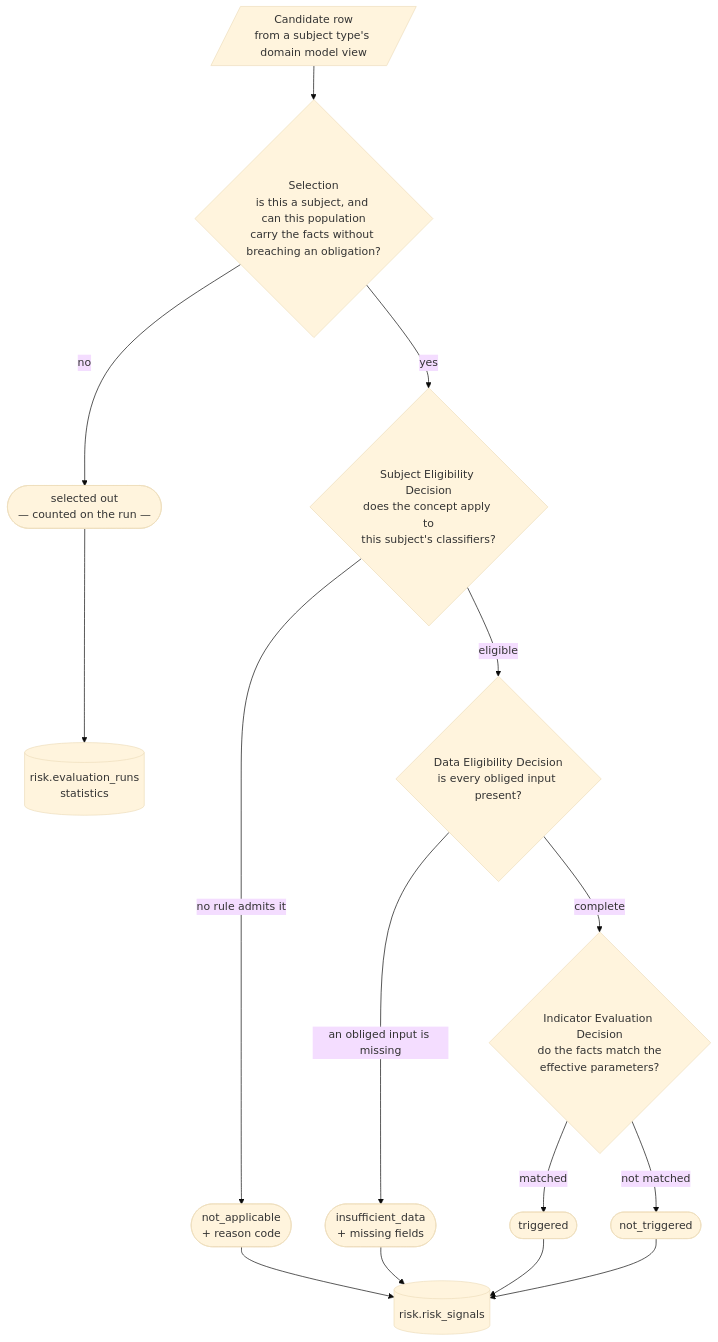
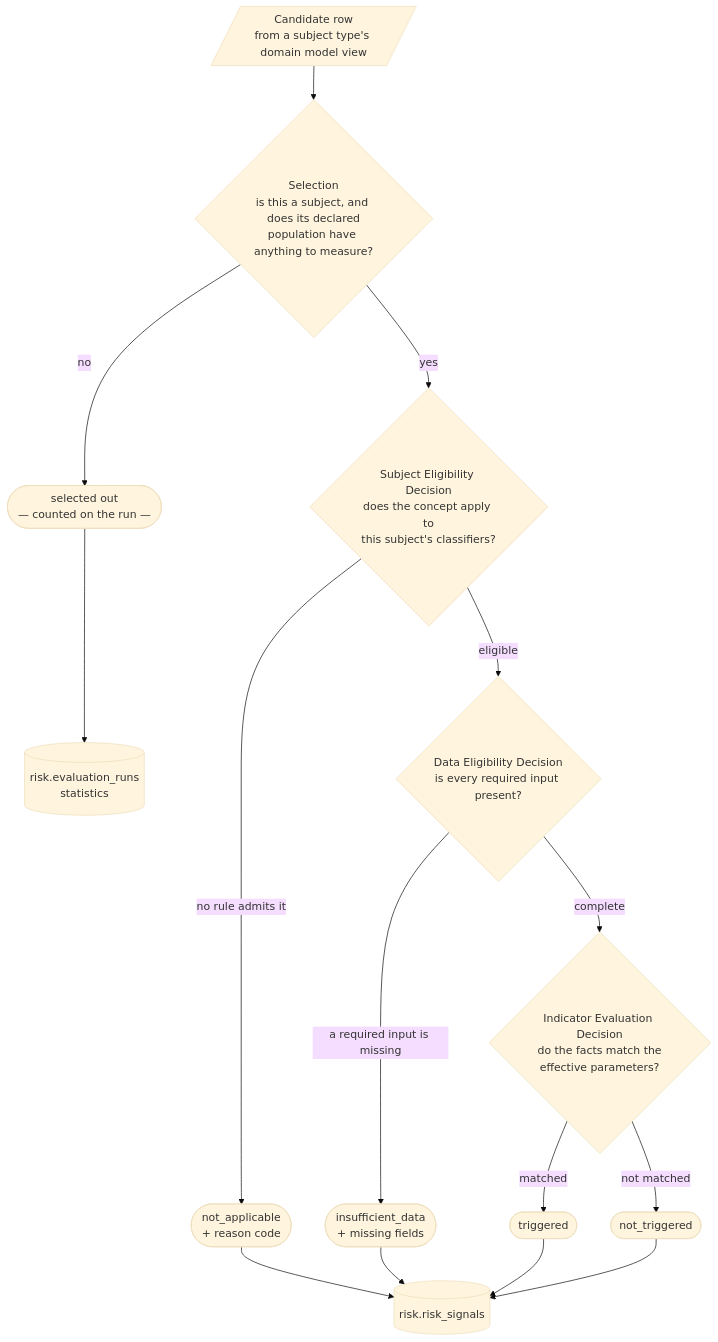
One commit to Viespirkiu-grupe/viespirkiai changed the fifth of 10 diagrams in docs/indicators-story/risk-service-architecture.md. Above: the diagram before and after it, drawn with Mermaid (base theme). The commit also changed other lines of this file and 42 other files, not shown here.

Commit message:
moving the thew version 2 architecture

````diff
--- a/docs/indicators-story/risk-service-architecture.md
+++ b/docs/indicators-story/risk-service-architecture.md
@@ -458,32 +460,32 @@
 ```mermaid
 flowchart TB
     R[/"Candidate row<br/>from a subject type's domain model view"/]
-    G0{"Selection<br/>is this a subject, and can this population<br/>carry the facts without breaching an obligation?"}
+    G0{"Selection<br/>is this a subject, and does its declared<br/>population have anything to measure?"}
     G2{"Subject Eligibility Decision<br/>does the concept apply to<br/>this subject's classifiers?"}
-    G3{"Data Eligibility Decision<br/>is every obliged input present?"}
+    G3{"Data Eligibility Decision<br/>is every required input present?"}
     G4{"Indicator Evaluation Decision<br/>do the facts match the<br/>effective parameters?"}
 
     OS(["selected out<br/>— counted on the run —"])
     NA(["not_applicable<br/>+ reason code"])
     ID(["insufficient_data<br/>+ missing fields"])
     TR(["triggered"])
     NT(["not_triggered"])
     OBS[("risk.risk_signals")]
     RUN[("risk.evaluation_runs<br/>statistics")]
 
     R --> G0
     G0 -->|" no "| OS
     G0 -->|" yes "| G2
     G2 -->|" no rule admits it "| NA
     G2 -->|" eligible "| G3
-    G3 -->|" an obliged input is missing "| ID
+    G3 -->|" a required input is missing "| ID
     G3 -->|" complete "| G4
     G4 -->|" matched "| TR
     G4 -->|" not matched "| NT
 
     OS --> RUN
     NA --> OBS
     ID --> OBS
     TR --> OBS
     NT --> OBS
 ```
````
